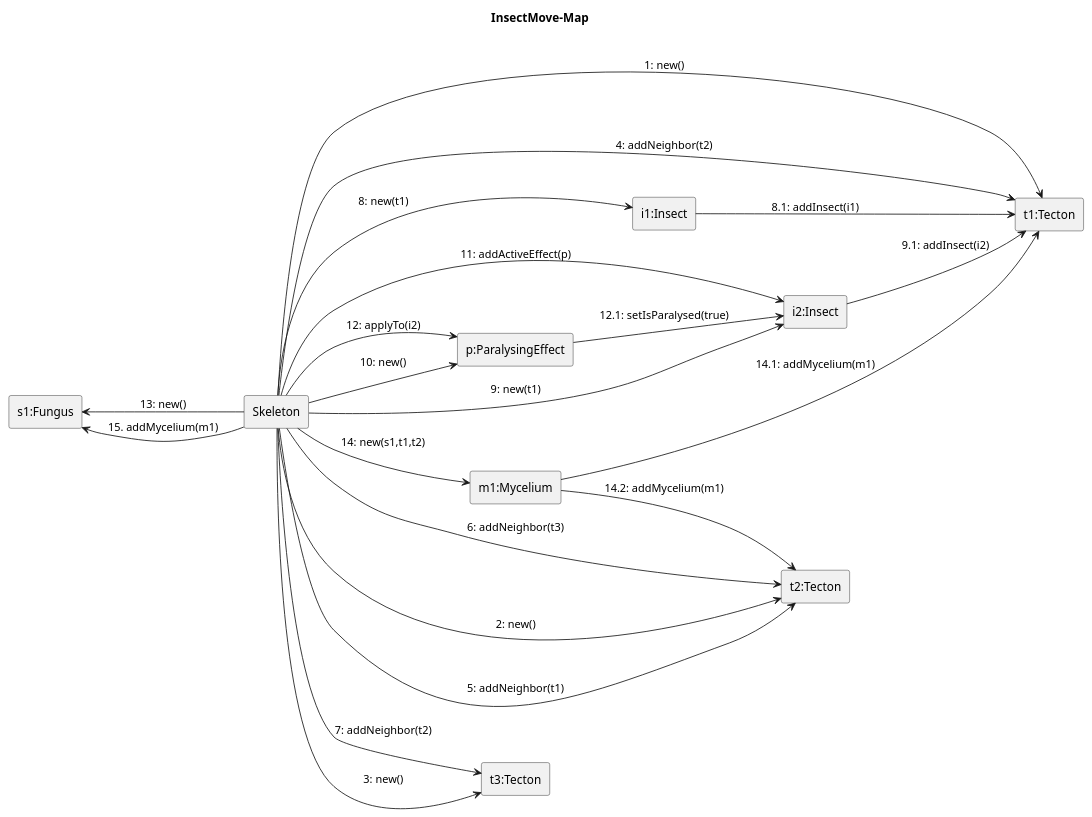
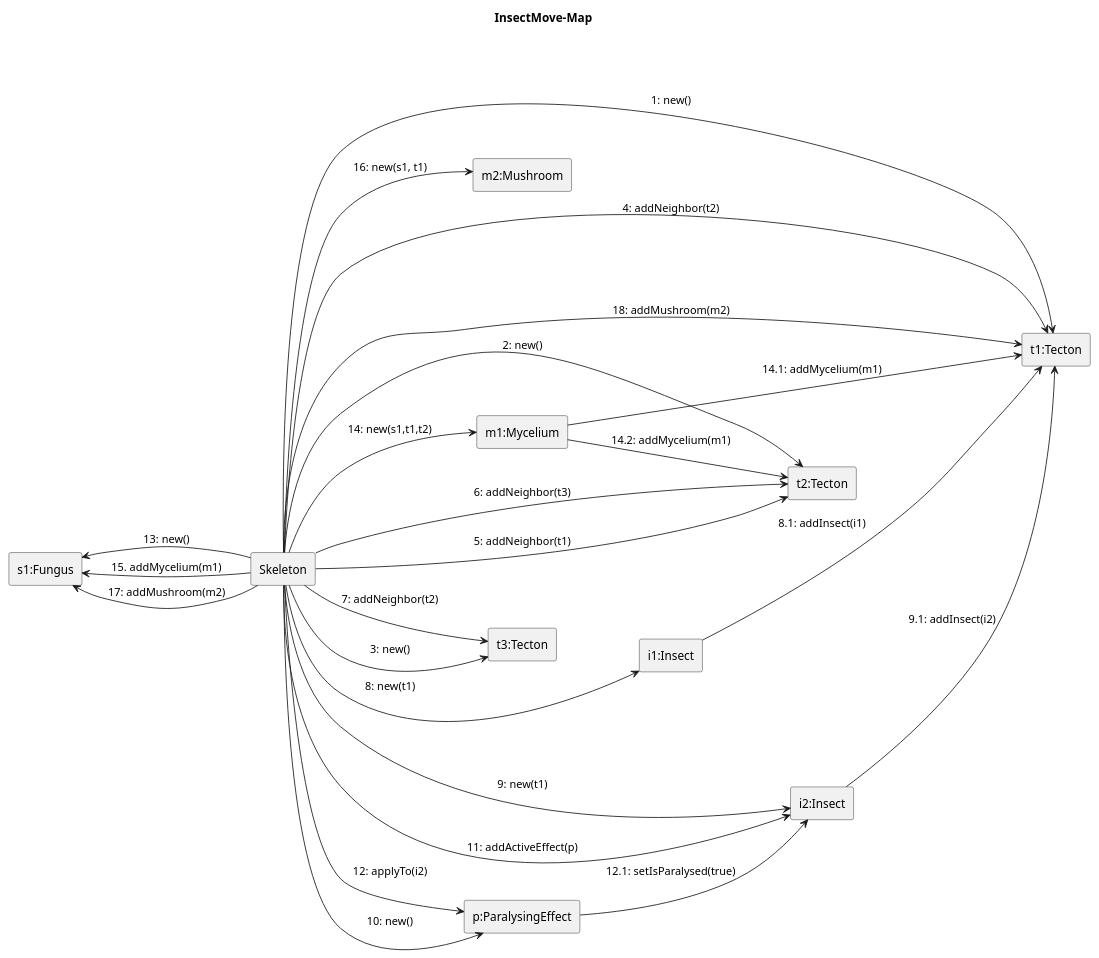
Before and after one commit to ZD4ve/projlab-error521: the diagram in Skeleton/Insect-move/map.pu, drawn with PlantUML. The commit also changed 1 other file, not shown here.

Commit message:
added mushroom to insect map

```diff
--- a/Skeleton/Insect-move/map.pu
+++ b/Skeleton/Insect-move/map.pu
@@ -1,40 +1,45 @@
 @startuml Insect-move/map 
 left to right direction
 title InsectMove-Map
 
 rectangle Skeleton as S
 
 rectangle "s1:Fungus" as s1
 rectangle "m1:Mycelium" as m1
+rectangle "m2:Mushroom" as m2
 rectangle "t1:Tecton" as t1
 rectangle "t2:Tecton" as t2
 rectangle "t3:Tecton" as t3
 rectangle "i1:Insect" as i1
 rectangle "i2:Insect" as i2
 rectangle "p:ParalysingEffect" as p
 
 S --> t1: 1: new()
 S --> t2: 2: new()
 S --> t3: 3: new()
 S --> t1: 4: addNeighbor(t2)
 S --> t2: 5: addNeighbor(t1)
 S --> t2: 6: addNeighbor(t3)
 S --> t3: 7: addNeighbor(t2)
 
 S --> i1: 8: new(t1)
 i1 --> t1 : 8.1: addInsect(i1)
 S --> i2: 9: new(t1)
 i2 --> t1 : 9.1: addInsect(i2)
 S --> p: 10: new()
 S --> i2: 11: addActiveEffect(p)
 S --> p : 12: applyTo(i2)
 p --> i2 : 12.1: setIsParalysed(true)
 
 S -left-> s1: 13: new()
 S --> m1: 14: new(s1,t1,t2)
 m1 --> t1 : 14.1: addMycelium(m1)
 m1 --> t2 : 14.2: addMycelium(m1)
 S --> s1: 15. addMycelium(m1)
 
+S --> m2: 16: new(s1, t1)
+S --> s1: 17: addMushroom(m2)
+S --> t1: 18: addMushroom(m2)
+
 
 @enduml
```
